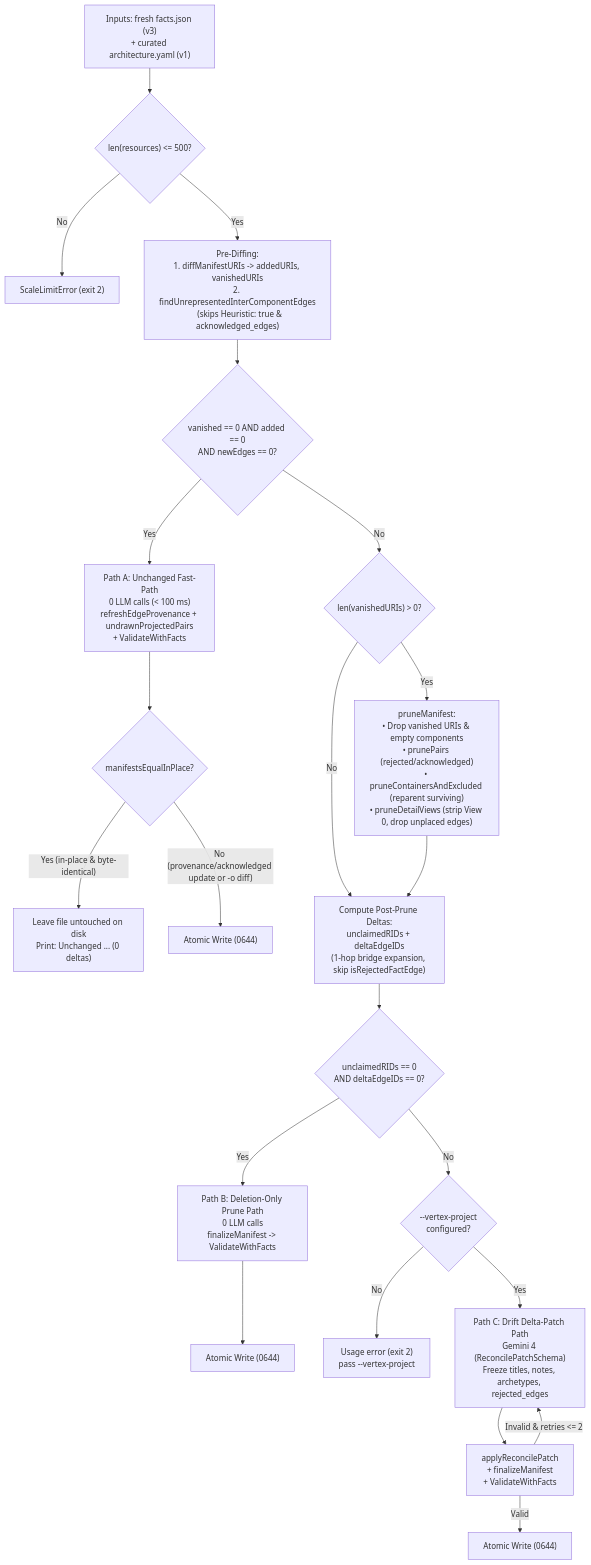
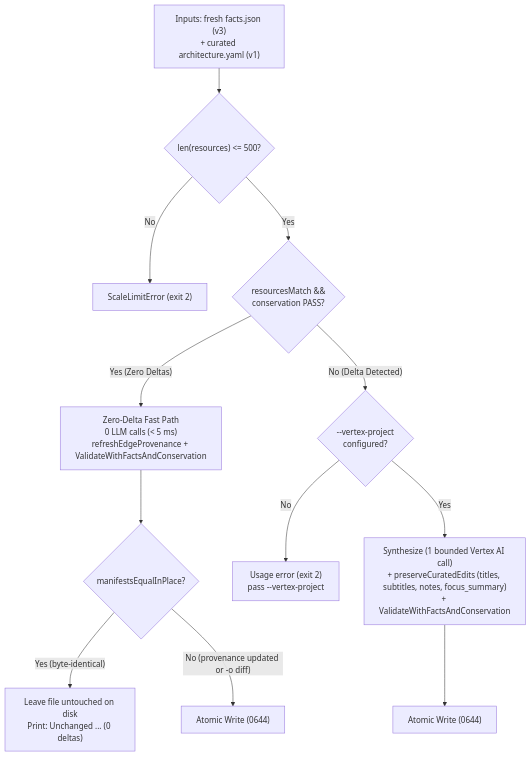
One commit to arrase/gcp-arch changed the second of 2 diagrams in gh-pages/synthesis.md. Above: the diagram before and after it, drawn with Mermaid. The commit also changed other lines of this file and 172 other files, not shown here.

````diff
--- a/gh-pages/synthesis.md
+++ b/gh-pages/synthesis.md
@@ -318,28 +164,16 @@
 ```mermaid
 flowchart TD
     Start["Inputs: fresh facts.json (v3)\n+ curated architecture.yaml (v1)"] --> Cap{"len(resources) <= 500?"}
     Cap -- "No" --> ErrScale["ScaleLimitError (exit 2)"]
-    Cap -- "Yes" --> Diff["Pre-Diffing:\n1. diffManifestURIs -> addedURIs, vanishedURIs\n2. findUnrepresentedInterComponentEdges\n   (skips Heuristic: true & acknowledged_edges)"]
+    Cap -- "Yes" --> FastCheck{"resourcesMatch &&\nconservation PASS?"}
 
-    Diff --> CheckA{"vanished == 0 AND added == 0\nAND newEdges == 0?"}
-    CheckA -- "Yes" --> PathA["Path A: Unchanged Fast-Path\n0 LLM calls (< 100 ms)\nrefreshEdgeProvenance + undrawnProjectedPairs\n+ ValidateWithFacts"]
-    PathA --> EqualCheck{"manifestsEqualInPlace?"}
-    EqualCheck -- "Yes (in-place & byte-identical)" --> NoTouch["Leave file untouched on disk\nPrint: Unchanged ... (0 deltas)"]
-    EqualCheck -- "No (provenance/acknowledged update or -o diff)" --> WriteA["Atomic Write (0644)"]
+    FastCheck -- "Yes (Zero Deltas)" --> FastPath["Zero-Delta Fast Path\n0 LLM calls (< 5 ms)\nrefreshEdgeProvenance + ValidateWithFactsAndConservation"]
+    FastPath --> EqualCheck{"manifestsEqualInPlace?"}
+    EqualCheck -- "Yes (byte-identical)" --> NoTouch["Leave file untouched on disk\nPrint: Unchanged ... (0 deltas)"]
+    EqualCheck -- "No (provenance updated or -o diff)" --> WriteFast["Atomic Write (0644)"]
 
-    CheckA -- "No" --> HasVanished{"len(vanishedURIs) > 0?"}
-    HasVanished -- "Yes" --> Prune["pruneManifest:\n• Drop vanished URIs & empty components\n• prunePairs (rejected/acknowledged)\n• pruneContainersAndExcluded (reparent surviving)\n• pruneDetailViews (strip View 0, drop unplaced edges)"]
-    HasVanished -- "No" --> Delta
-    Prune --> Delta["Compute Post-Prune Deltas:\nunclaimedRIDs + deltaEdgeIDs\n(1-hop bridge expansion, skip isRejectedFactEdge)"]
-    Delta --> CheckB{"unclaimedRIDs == 0\nAND deltaEdgeIDs == 0?"}
-
-    CheckB -- "Yes" --> PathB["Path B: Deletion-Only Prune Path\n0 LLM calls\nfinalizeManifest -> ValidateWithFacts"]
-    PathB --> WriteB["Atomic Write (0644)"]
-
-    CheckB -- "No" --> ClientCheck{"--vertex-project\nconfigured?"}
+    FastCheck -- "No (Delta Detected)" --> ClientCheck{"--vertex-project\nconfigured?"}
     ClientCheck -- "No" --> ErrClient["Usage error (exit 2)\npass --vertex-project"]
-    ClientCheck -- "Yes" --> PathC["Path C: Drift Delta-Patch Path\nGemini 4 (ReconcilePatchSchema)\nFreeze titles, notes, archetypes, rejected_edges"]
-    PathC --> Apply["applyReconcilePatch\n+ finalizeManifest\n+ ValidateWithFacts"]
-    Apply -- "Invalid & retries <= 2" --> PathC
-    Apply -- "Valid" --> WriteC["Atomic Write (0644)"]
+    ClientCheck -- "Yes" --> DeltaSynth["Synthesize (1 bounded Vertex AI call)\n+ preserveCuratedEdits (titles, subtitles, notes, focus_summary)\n+ ValidateWithFactsAndConservation"]
+    DeltaSynth --> WriteDelta["Atomic Write (0644)"]
 ```
````
